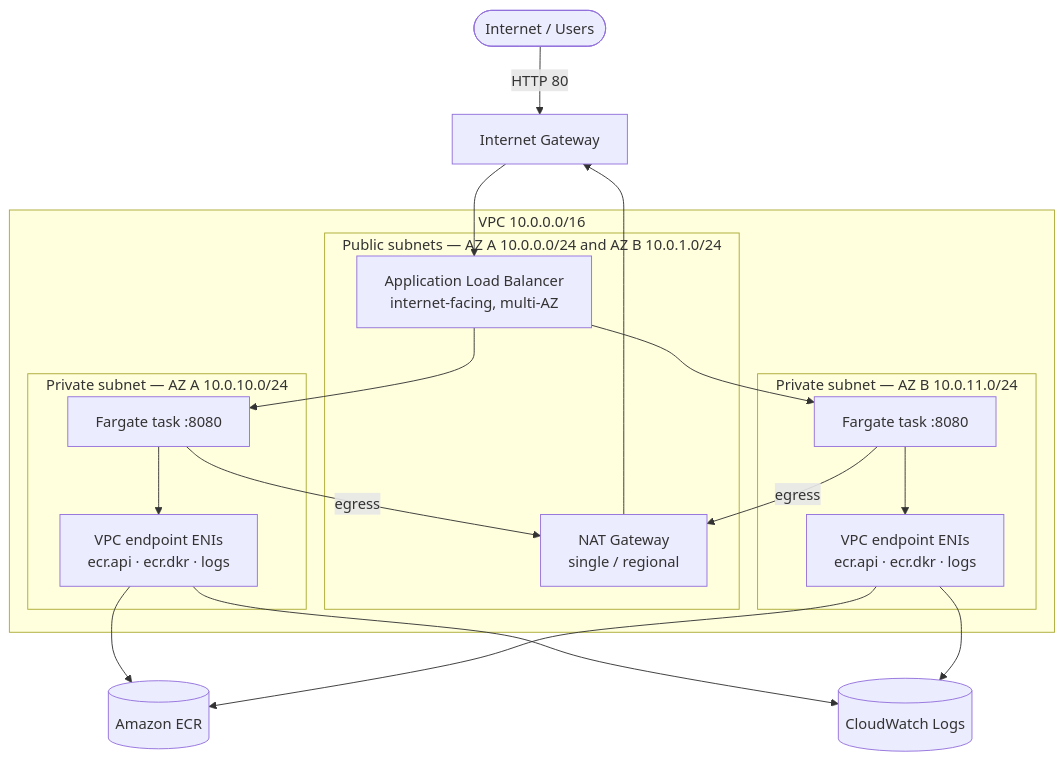
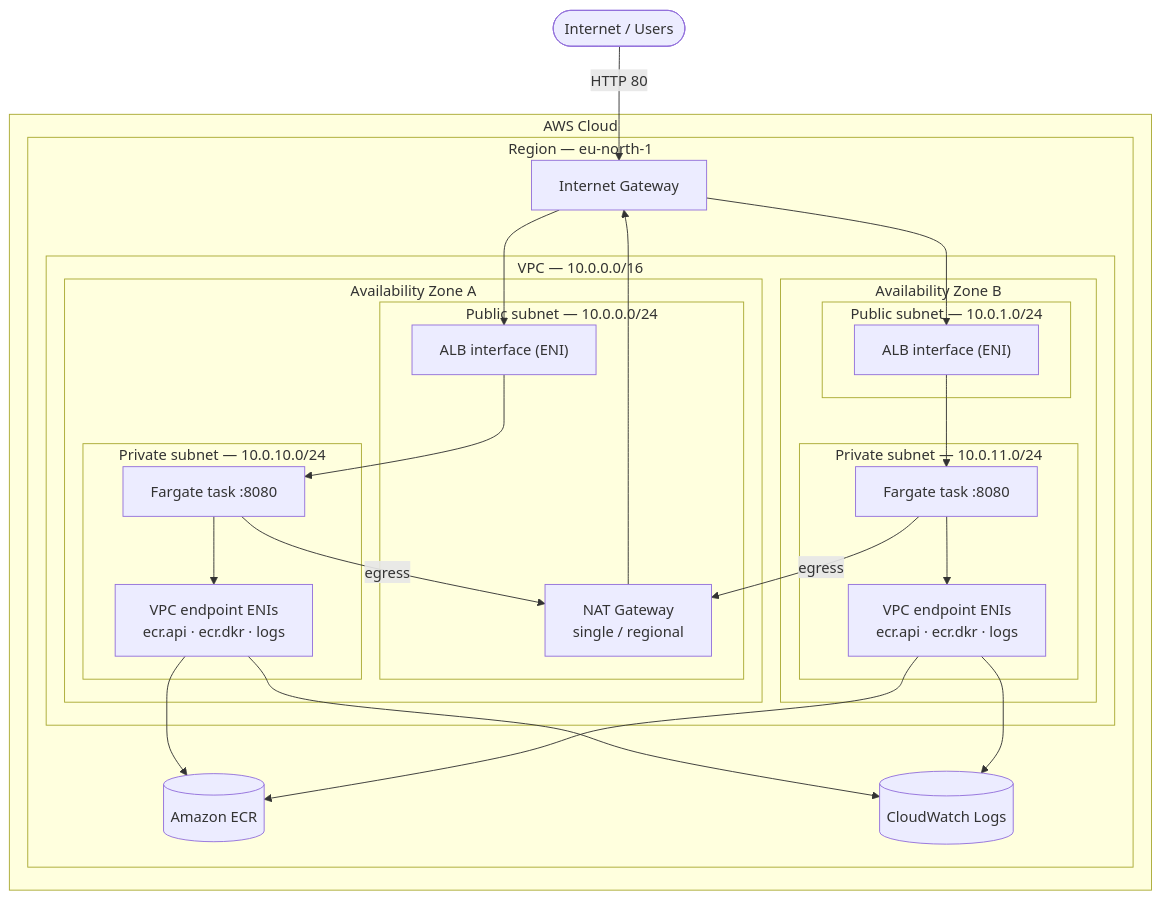
Before and after one commit to angebhd/amalitech-lab-aws-ecs: the first of 4 diagrams in ARCHITECTURE.md, drawn with Mermaid. The commit also changed other lines of this file, not shown here.

Commit message:
feat: Enhance architecture diagram in documentation for AWS ECS CI/CD Lab with detailed subnet and traffic flow information

````diff
--- a/ARCHITECTURE.md
+++ b/ARCHITECTURE.md
@@ -14,38 +14,50 @@
 ```mermaid
 flowchart TB
     users(["Internet / Users"])
-    igw["Internet Gateway"]
 
-    subgraph VPC["VPC 10.0.0.0/16"]
-        subgraph PUB["Public subnets — AZ A 10.0.0.0/24 and AZ B 10.0.1.0/24"]
-            alb["Application Load Balancer<br/>internet-facing, multi-AZ"]
-            nat["NAT Gateway<br/>single / regional"]
-        end
+    subgraph CLOUD["AWS Cloud"]
+        subgraph REGION["Region — eu-north-1"]
+            igw["Internet Gateway"]
+            ecr[("Amazon ECR")]
+            cw[("CloudWatch Logs")]
 
-        subgraph PRIVA["Private subnet — AZ A 10.0.10.0/24"]
-            taskA["Fargate task :8080"]
-            vpceA["VPC endpoint ENIs<br/>ecr.api · ecr.dkr · logs"]
-        end
+            subgraph VPC["VPC — 10.0.0.0/16"]
+                subgraph AZA["Availability Zone A"]
+                    subgraph PUBA["Public subnet — 10.0.0.0/24"]
+                        natgw["NAT Gateway<br/>single / regional"]
+                        albA["ALB interface (ENI)"]
+                    end
+                    subgraph PRIVA["Private subnet — 10.0.10.0/24"]
+                        taskA["Fargate task :8080"]
+                        vpceA["VPC endpoint ENIs<br/>ecr.api · ecr.dkr · logs"]
+                    end
+                end
 
-        subgraph PRIVB["Private subnet — AZ B 10.0.11.0/24"]
-            taskB["Fargate task :8080"]
-            vpceB["VPC endpoint ENIs<br/>ecr.api · ecr.dkr · logs"]
+                subgraph AZB["Availability Zone B"]
+                    subgraph PUBB["Public subnet — 10.0.1.0/24"]
+                        albB["ALB interface (ENI)"]
+                    end
+                    subgraph PRIVB["Private subnet — 10.0.11.0/24"]
+                        taskB["Fargate task :8080"]
+                        vpceB["VPC endpoint ENIs<br/>ecr.api · ecr.dkr · logs"]
+                    end
+                end
+            end
         end
     end
 
-    ecr[("Amazon ECR")]
-    cw[("CloudWatch Logs")]
-
-    users -->|HTTP 80| igw --> alb
-    alb --> taskA
-    alb --> taskB
-    taskA -->|egress| nat
-    taskB -->|egress| nat
-    nat --> igw
+    users -->|HTTP 80| igw
+    igw --> albA
+    igw --> albB
+    albA --> taskA
+    albB --> taskB
+    taskA -->|egress| natgw
+    taskB -->|egress| natgw
+    natgw --> igw
     taskA --> vpceA
     taskB --> vpceB
     vpceA --> ecr
     vpceB --> ecr
     vpceA --> cw
     vpceB --> cw
 ```
````
